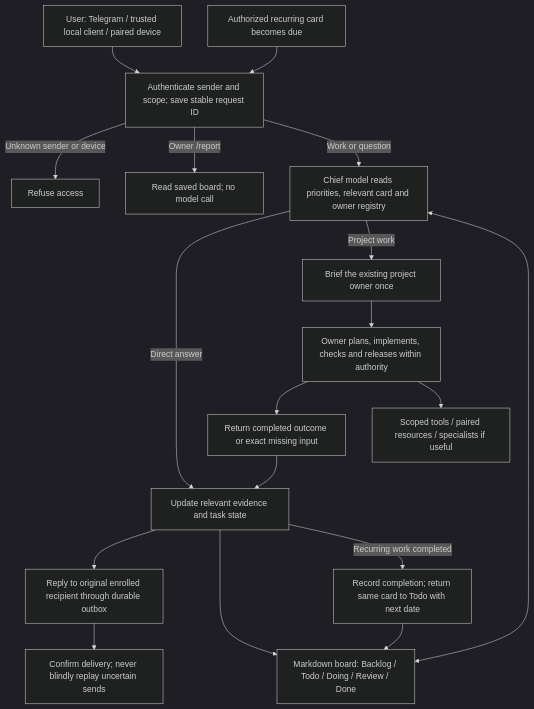
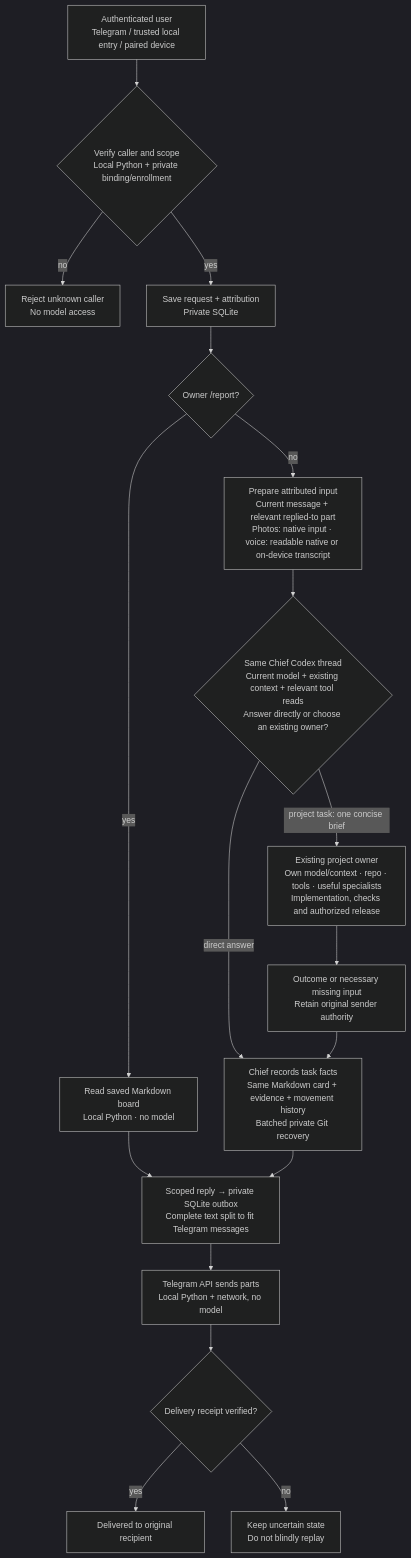
Before and after one commit to MarcoWorms/marcoworms.github.io: the diagram in chief/architecture.mmd, drawn with Mermaid (dark theme). The commit also changed 5 other files, not shown here.

Commit message:
Explain Chief resources and memory with detailed diagrams

```diff
--- a/chief/architecture.mmd
+++ b/chief/architecture.mmd
@@ -1,18 +1,27 @@
-flowchart TD
-  A[User: Telegram / trusted local client / paired device] --> B[Authenticate sender and scope; save stable request ID]
-  B -->|Unknown sender or device| X[Refuse access]
-  B -->|Owner /report| R[Read saved board; no model call]
-  B -->|Work or question| C[Chief model reads priorities, relevant card and owner registry]
-  C -->|Direct answer| U[Update relevant evidence and task state]
-  C -->|Project work| D[Brief the existing project owner once]
-  D --> E[Owner plans, implements, checks and releases within authority]
-  E --> F[Return completed outcome or exact missing input]
-  F --> U
-  U --> G[Reply to original enrolled recipient through durable outbox]
-  G --> H[Confirm delivery; never blindly replay uncertain sends]
-  C <--> K[Markdown board: Backlog / Todo / Doing / Review / Done]
-  U --> K
-  S[Authorized recurring card becomes due] --> B
-  U -->|Recurring work completed| T[Record completion; return same card to Todo with next date]
-  T --> K
-  E --> W[Scoped tools / paired resources / specialists if useful]
+flowchart TB
+    U["Authenticated user<br/>Telegram / trusted local entry / paired device"]
+    A{"Verify caller and scope<br/>Local Python + private binding/enrollment"}
+    D["Reject unknown caller<br/>No model access"]
+    Q["Save request + attribution<br/>Private SQLite"]
+    R{"Owner /report?"}
+    F["Read saved Markdown board<br/>Local Python · no model"]
+    P["Prepare attributed input<br/>Current message + relevant replied-to part<br/>Photos: native input · voice: readable native or on-device transcript"]
+    C{"Same Chief Codex thread<br/>Current model + existing context + relevant tool reads<br/>Answer directly or choose an existing owner?"}
+    O["Existing project owner<br/>Own model/context · repo · tools · useful specialists<br/>Implementation, checks and authorized release"]
+    E["Outcome or necessary missing input<br/>Retain original sender authority"]
+    B["Chief records task facts<br/>Same Markdown card + evidence + movement history<br/>Batched private Git recovery"]
+    T["Scoped reply → private SQLite outbox<br/>Complete text split to fit Telegram messages"]
+    S["Telegram API sends parts<br/>Local Python + network, no model"]
+    V{"Delivery receipt verified?"}
+    Y["Delivered to original recipient"]
+    N["Keep uncertain state<br/>Do not blindly replay"]
+    U --> A
+    A -->|no| D
+    A -->|yes| Q --> R
+    R -->|yes| F --> T
+    R -->|no| P --> C
+    C -->|direct answer| B
+    C -->|project task: one concise brief| O --> E --> B
+    B --> T --> S --> V
+    V -->|yes| Y
+    V -->|no| N
```
